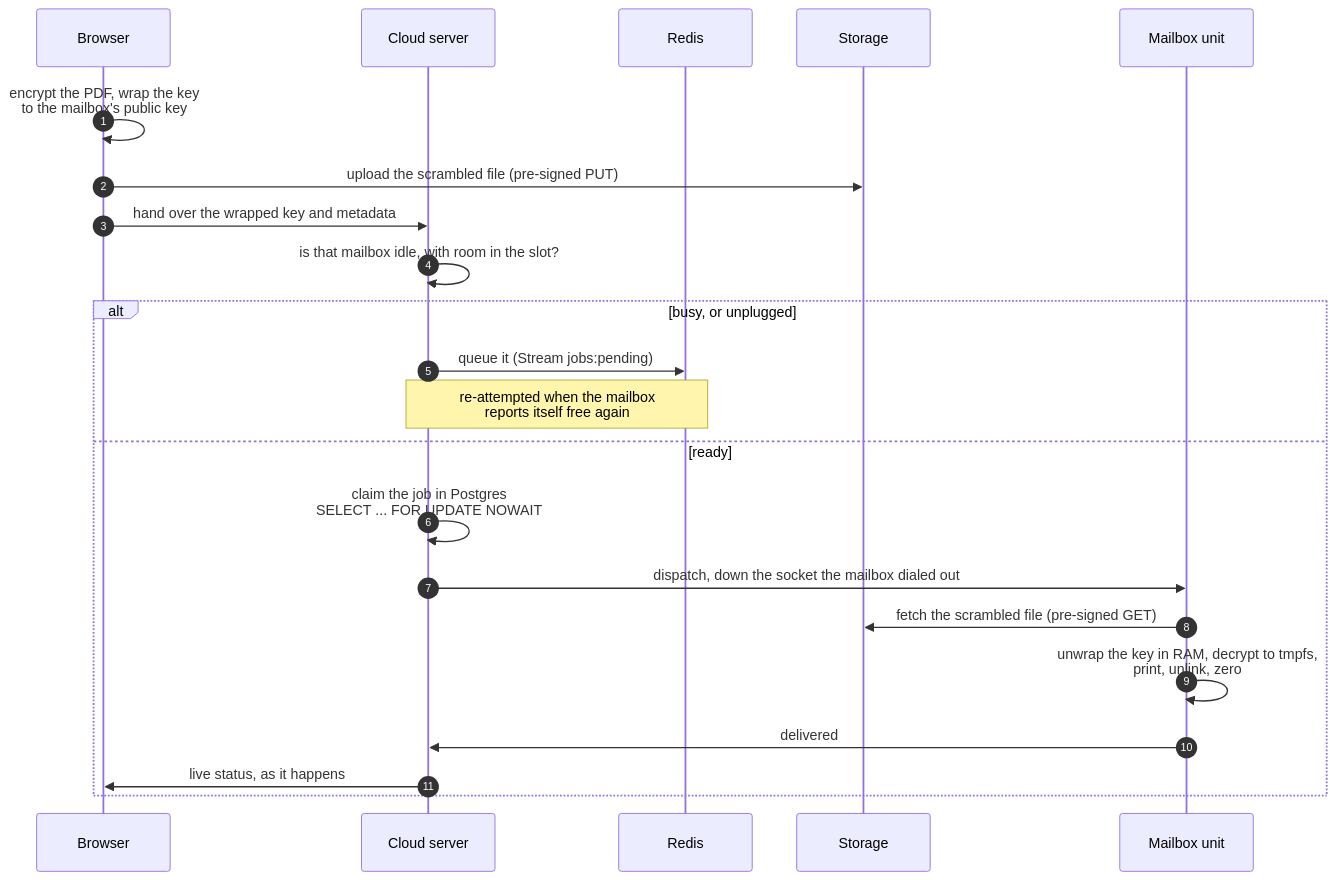
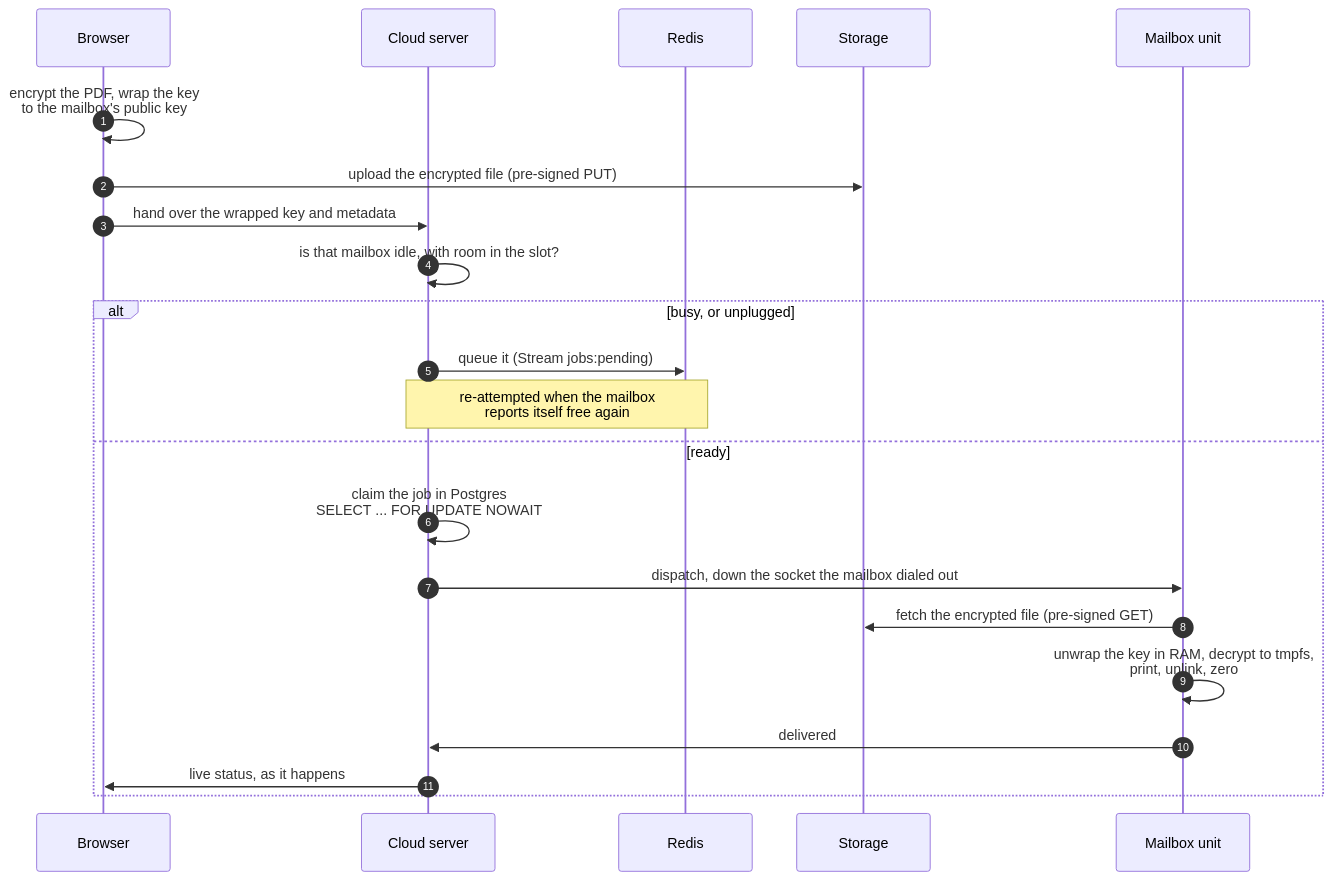
Before and after one commit to ameerbohio/automail: the second of 2 diagrams in README.md, drawn with Mermaid. The commit also changed other lines of this file, not shown here.

First line of the commit message:
Rewrite the README for skimmers and add the V2/V3 roadmap

````diff
--- a/README.md
+++ b/README.md
@@ -94,26 +103,26 @@
 ```mermaid
 sequenceDiagram
     autonumber
     participant B as Browser
     participant C as Cloud server
     participant Q as Redis
     participant S as Storage
     participant M as Mailbox unit
 
     B->>B: encrypt the PDF, wrap the key<br/>to the mailbox's public key
-    B->>S: upload the scrambled file (pre-signed PUT)
+    B->>S: upload the encrypted file (pre-signed PUT)
     B->>C: hand over the wrapped key and metadata
     C->>C: is that mailbox idle, with room in the slot?
 
     alt busy, or unplugged
         C->>Q: queue it (Stream jobs:pending)
         Note over C,Q: re-attempted when the mailbox<br/>reports itself free again
     else ready
         C->>C: claim the job in Postgres<br/>SELECT ... FOR UPDATE NOWAIT
         C->>M: dispatch, down the socket the mailbox dialed out
-        M->>S: fetch the scrambled file (pre-signed GET)
+        M->>S: fetch the encrypted file (pre-signed GET)
         M->>M: unwrap the key in RAM, decrypt to tmpfs,<br/>print, unlink, zero
         M->>C: delivered
         C->>B: live status, as it happens
     end
 ```
````
